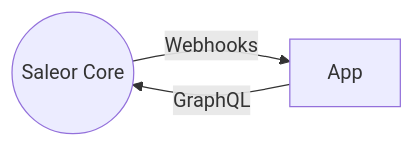
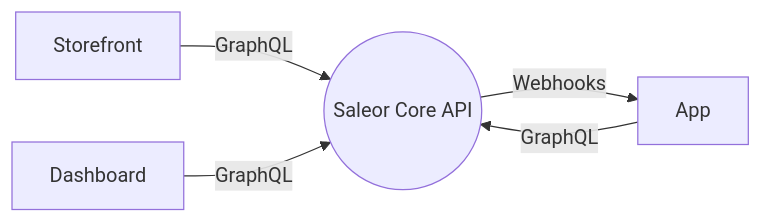
Before and after one commit to saleor/saleor-docs: the diagram in docs/overview/architecture.mdx, drawn with Mermaid. The commit also changed other lines of this file, not shown here.

Commit message:
Change overview->architecture page content

````diff
--- a/docs/overview/architecture.mdx
+++ b/docs/overview/architecture.mdx
@@ -30,6 +14,7 @@
 ```mermaid
 graph LR
-  C -->|Webhooks| A[App]
-  A -->|GraphQL| C
-  C((Saleor Core))
+  S[Storefront] -->|GraphQL| C((Saleor Core API))
+  D[Dashboard] -->|GraphQL| C((Saleor Core API))
+  C((Saleor Core API)) -->|Webhooks| A
+  A[App] -->|GraphQL| C((Saleor Core API))
 ```
````
